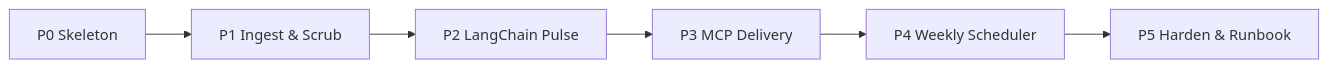
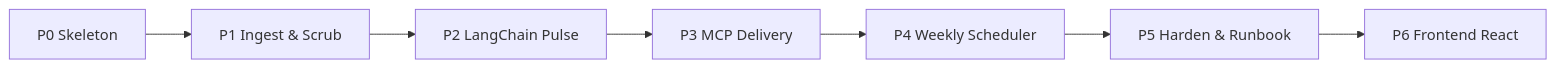
The second of 2 diagrams in docs/implementation-plan.md (SushmitaDasgupta/AI-Pulse-Agent), drawn with Mermaid before and after one commit. The commit also changed other lines of this file and 43 other files, not shown here.

````diff
--- a/docs/implementation-plan.md
+++ b/docs/implementation-plan.md
@@ -53,8 +53,9 @@
 ```mermaid
 flowchart LR
   P0[P0 Skeleton] --> P1[P1 Ingest & Scrub]
   P1 --> P2[P2 LangChain Pulse]
   P2 --> P3[P3 MCP Delivery]
   P3 --> P4[P4 Weekly Scheduler]
   P4 --> P5[P5 Harden & Runbook]
+  P5 --> P6[P6 Frontend React]
 ```
````
